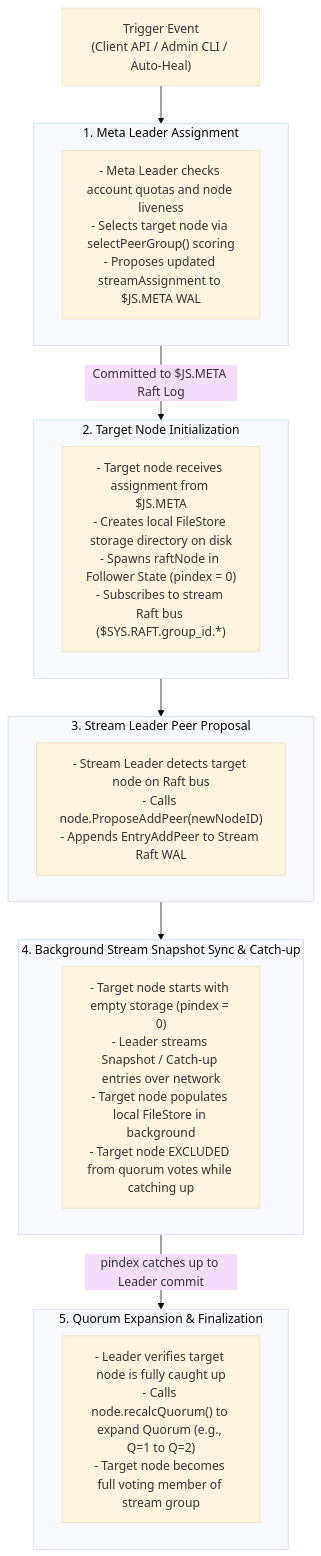
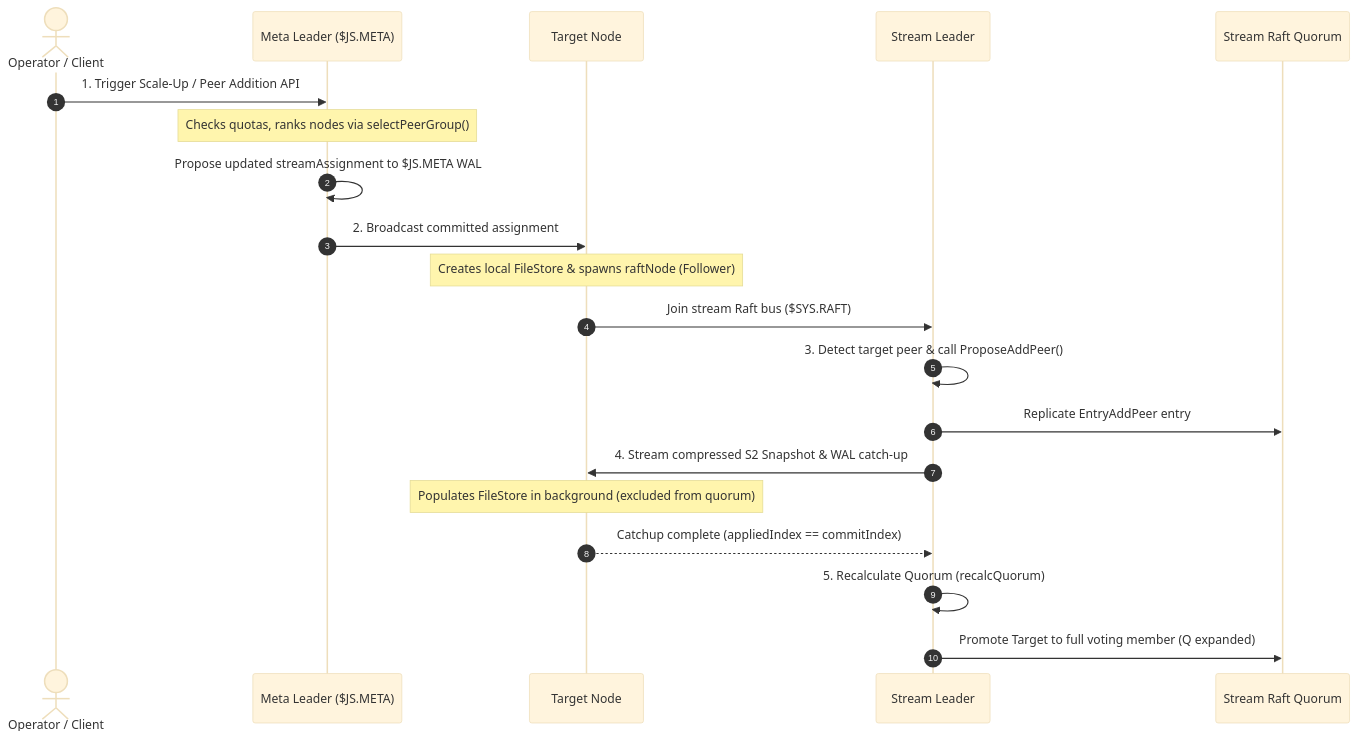
One commit to hemanthkumar2k19/nats-eval changed the diagram in supporting_documentation/streams/lifecycle/cluster-operations/add-node.md. Above: the diagram before and after it, drawn with Mermaid (base theme). The commit also changed other lines of this file and 7 other files, not shown here.

Commit message:
docs: replace cluster operation flowcharts with sequence diagrams in stream lifecycle guides

````diff
--- a/supporting_documentation/streams/lifecycle/cluster-operations/add-node.md
+++ b/supporting_documentation/streams/lifecycle/cluster-operations/add-node.md
@@ -36,32 +21,23 @@
 ```mermaid
-flowchart TD
-    Trigger["Trigger Event\n(Client API / Admin CLI / Auto-Heal)"] --> Step1
+sequenceDiagram
+    autonumber
+    actor Op as Operator / Client
+    participant Meta as Meta Leader ($JS.META)
+    participant Target as Target Node
+    participant Leader as Stream Leader
+    participant Quorum as Stream Raft Quorum
 
-    subgraph Step1["1. Meta Leader Assignment"]
-        S1["- Meta Leader checks account quotas and node liveness\n- Selects target node via selectPeerGroup() scoring\n- Proposes updated streamAssignment to $JS.META WAL"]
-    end
-
-    Step1 -- "Committed to $JS.META Raft Log" --> Step2
-
-    subgraph Step2["2. Target Node Initialization"]
-        S2["- Target node receives assignment from $JS.META\n- Creates local FileStore storage directory on disk\n- Spawns raftNode in Follower State (pindex = 0)\n- Subscribes to stream Raft bus ($SYS.RAFT.group_id.*)"]
-    end
-
-    Step2 --> Step3
-
-    subgraph Step3["3. Stream Leader Peer Proposal"]
-        S3["- Stream Leader detects target node on Raft bus\n- Calls node.ProposeAddPeer(newNodeID)\n- Appends EntryAddPeer to Stream Raft WAL"]
-    end
-
-    Step3 --> Step4
-
-    subgraph Step4["4. Background Stream Snapshot Sync & Catch-up"]
-        S4["- Target node starts with empty storage (pindex = 0)\n- Leader streams Snapshot / Catch-up entries over network\n- Target node populates local FileStore in background\n- Target node EXCLUDED from quorum votes while catching up"]
-    end
-
-    Step4 -- "pindex catches up to Leader commit" --> Step5
-
-    subgraph Step5["5. Quorum Expansion & Finalization"]
-        S5["- Leader verifies target node is fully caught up\n- Calls node.recalcQuorum() to expand Quorum (e.g., Q=1 to Q=2)\n- Target node becomes full voting member of stream group"]
-    end
+    Op->>Meta: 1. Trigger Scale-Up / Peer Addition API
+    Note over Meta: Checks quotas, ranks nodes via selectPeerGroup()
+    Meta->>Meta: Propose updated streamAssignment to $JS.META WAL
+    Meta->>Target: 2. Broadcast committed assignment
+    Note over Target: Creates local FileStore & spawns raftNode (Follower)
+    Target->>Leader: Join stream Raft bus ($SYS.RAFT)
+    Leader->>Leader: 3. Detect target peer & call ProposeAddPeer()
+    Leader->>Quorum: Replicate EntryAddPeer entry
+    Leader->>Target: 4. Stream compressed S2 Snapshot & WAL catch-up
+    Note over Target: Populates FileStore in background (excluded from quorum)
+    Target-->>Leader: Catchup complete (appliedIndex == commitIndex)
+    Leader->>Leader: 5. Recalculate Quorum (recalcQuorum)
+    Leader->>Quorum: Promote Target to full voting member (Q expanded)
 ```
````
